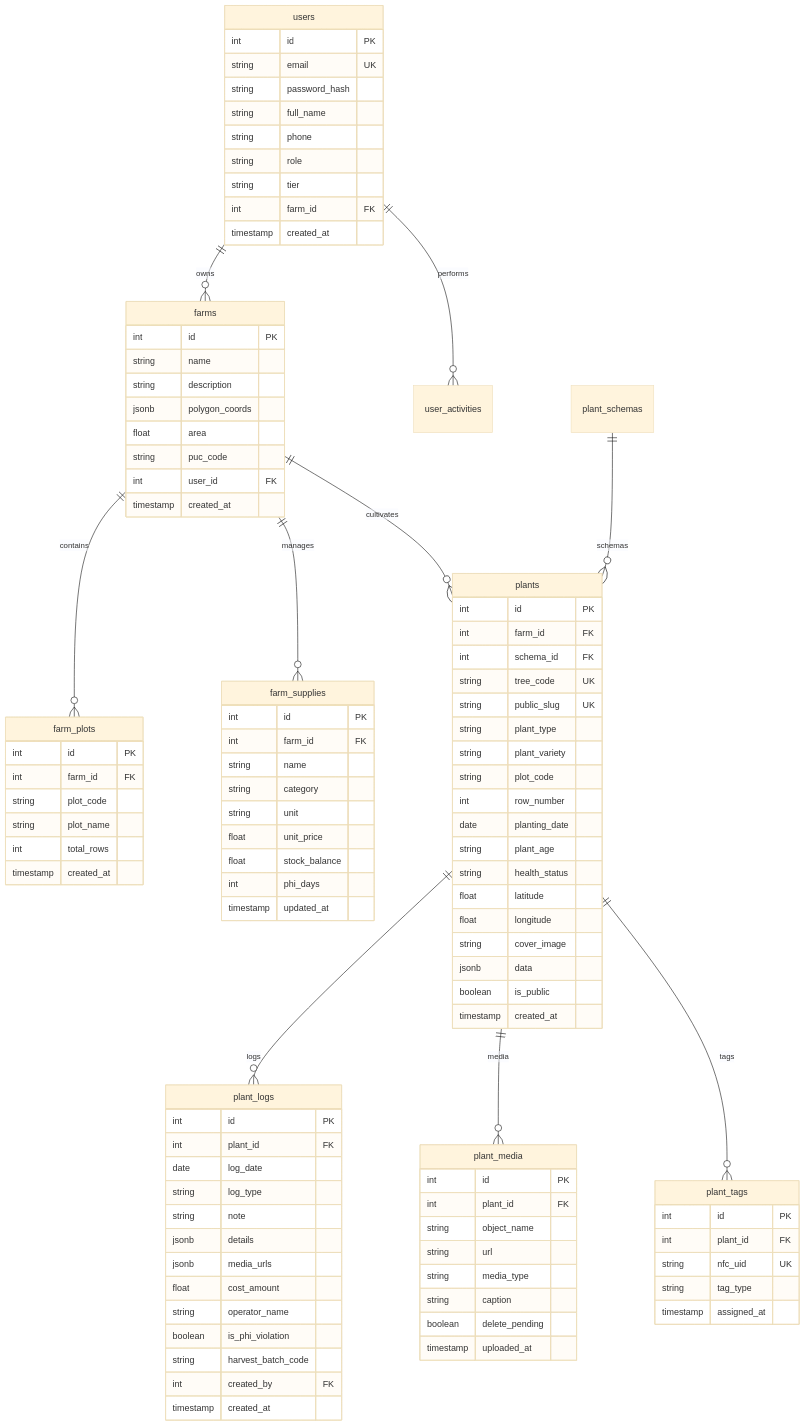
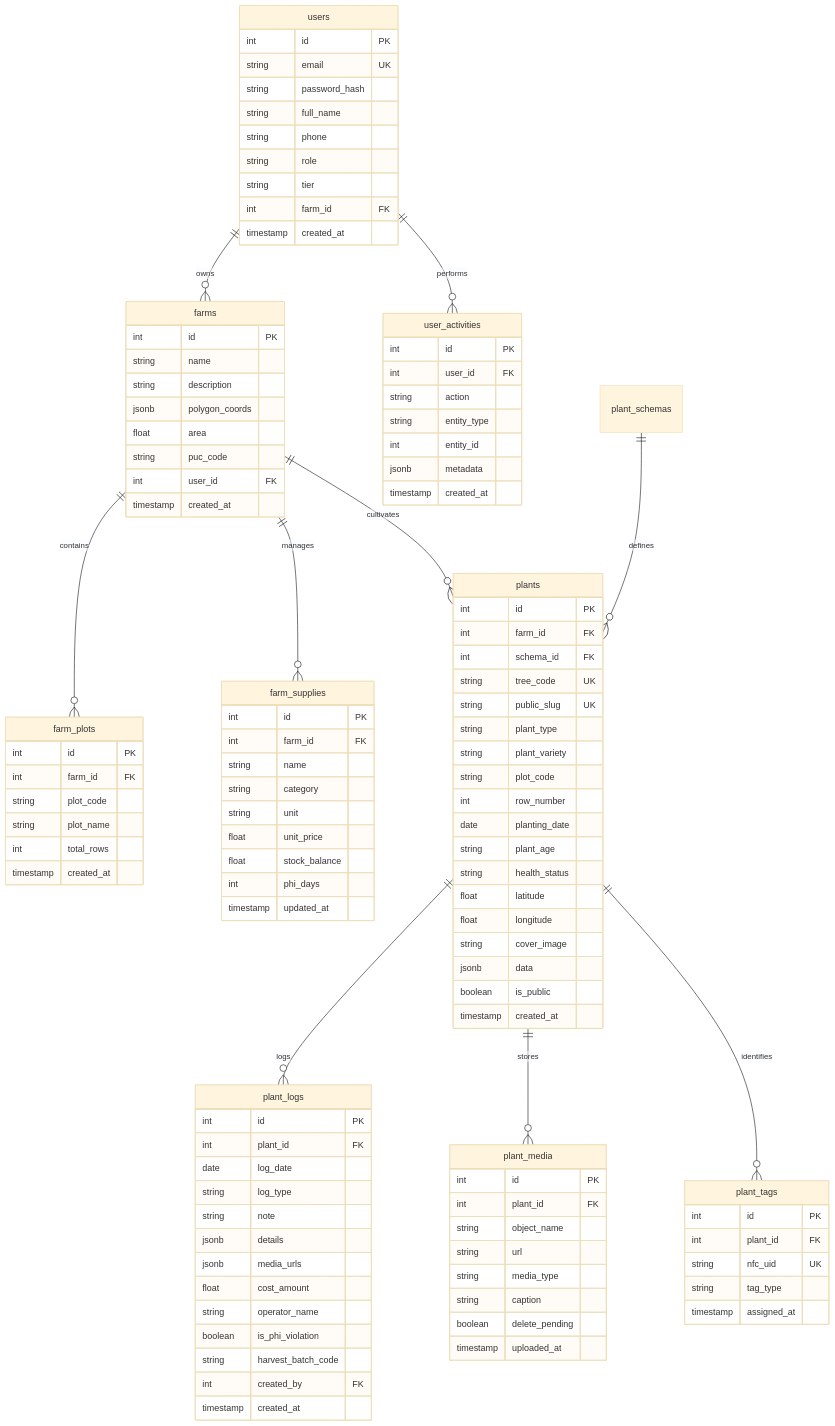
The eighth of 8 diagrams in README.md (Phuc0901-pp/plant-book), drawn with Mermaid (base theme) before and after one commit. The commit also changed other lines of this file, not shown here.

Commit message:
docs(readme): update comprehensive enterprise system documentation with architecture, flowcharts, ERD, and SOPs

````diff
--- a/README.md
+++ b/README.md
@@ -577,10 +512,10 @@
     farms ||--o{ farm_plots : contains
     farms ||--o{ farm_supplies : manages
     farms ||--o{ plants : cultivates
-    plant_schemas ||--o{ plants : schemas
+    plant_schemas ||--o{ plants : defines
     plants ||--o{ plant_logs : logs
-    plants ||--o{ plant_media : media
-    plants ||--o{ plant_tags : tags
+    plants ||--o{ plant_media : stores
+    plants ||--o{ plant_tags : identifies
     
     users {
         int id PK
@@ -681,4 +616,14 @@
         int phi_days
         timestamp updated_at
     }
+
+    user_activities {
+        int id PK
+        int user_id FK
+        string action
+        string entity_type
+        int entity_id
+        jsonb metadata
+        timestamp created_at
+    }
 ```
````
